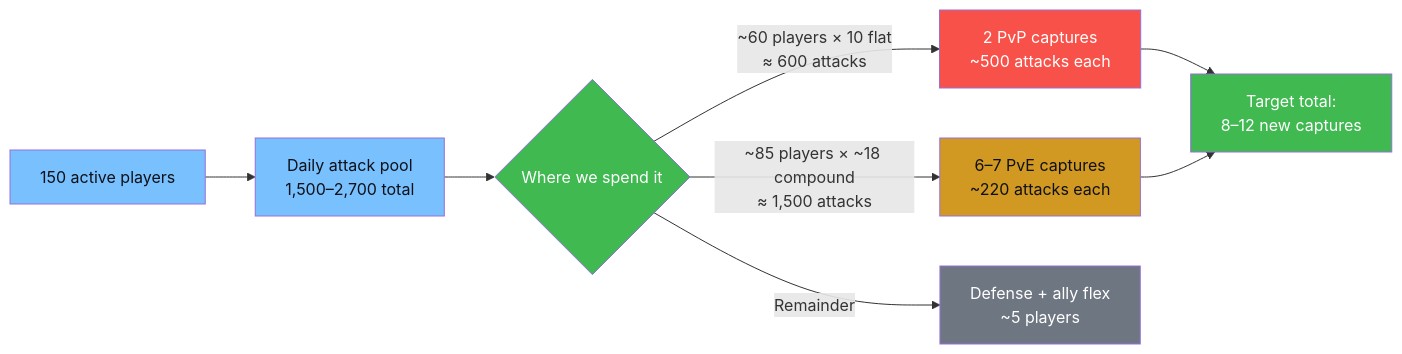
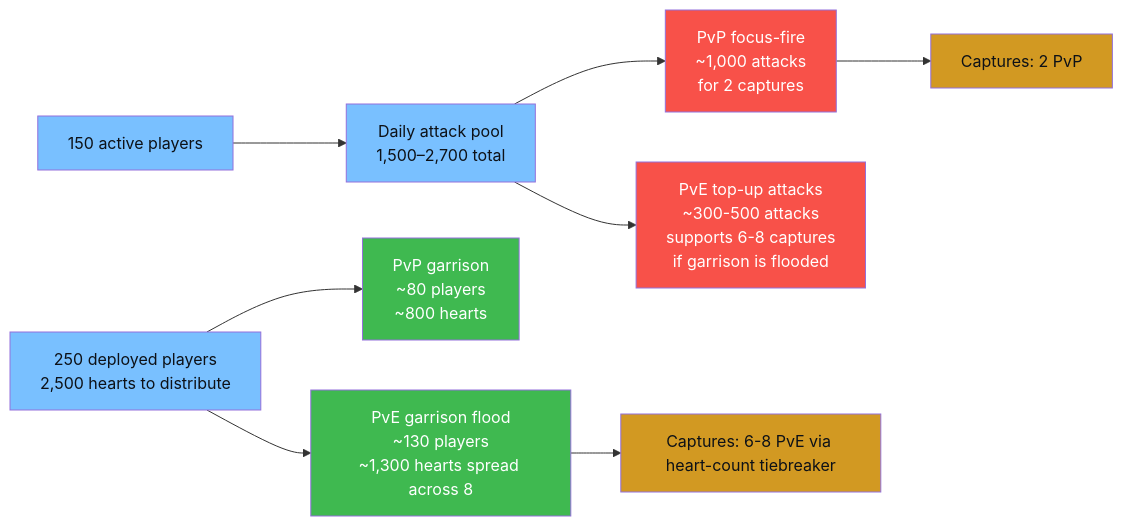
The second of 2 diagrams in data/elemental-enhancements.md (texnottexas/landing-page), drawn with Mermaid before and after one commit. The commit also changed other lines of this file, not shown here.

First line of the commit message:
Docs: correct garrison-vs-attack decoupling in Elemental Enhancements plan

````diff
--- a/data/elemental-enhancements.md
+++ b/data/elemental-enhancements.md
@@ -29,22 +62,21 @@
 ```mermaid
 flowchart LR
     AP[150 active players] --> BUD[Daily attack pool<br/>1,500–2,700 total]
-    BUD --> SPLIT{Where we spend it}
-    SPLIT -->|~60 players × 10 flat<br/>≈ 600 attacks| PVP[2 PvP captures<br/>~500 attacks each]
-    SPLIT -->|~85 players × ~18 compound<br/>≈ 1,500 attacks| PVE[6–7 PvE captures<br/>~220 attacks each]
-    SPLIT -->|Remainder| FLEX[Defense + ally flex<br/>~5 players]
-    PVP --> GOAL[Target total:<br/>8–12 new captures]
-    PVE --> GOAL
+    BUD --> PVPBOX[PvP focus-fire<br/>~1,000 attacks<br/>for 2 captures]
+    BUD --> PVEBOX[PvE top-up attacks<br/>~300-500 attacks<br/>supports 6-8 captures<br/>if garrison is flooded]
+    GAR[250 deployed players<br/>2,500 hearts to distribute] --> PVPGAR[PvP garrison<br/>~80 players<br/>~800 hearts]
+    GAR --> PVEGAR[PvE garrison flood<br/>~130 players<br/>~1,300 hearts spread across 8]
+
+    PVPBOX --> WINS[Captures: 2 PvP]
+    PVEGAR --> WINS2[Captures: 6-8 PvE via heart-count tiebreaker]
 
     classDef pool fill:#79c0ff,color:#0d1117
-    classDef pvp fill:#f85149,color:#fff
-    classDef pve fill:#d29922,color:#0d1117
-    classDef flex fill:#6e7681,color:#fff
-    classDef goal fill:#3fb950,color:#fff
+    classDef atk fill:#f85149,color:#fff
+    classDef gar fill:#3fb950,color:#fff
+    classDef win fill:#d29922,color:#0d1117
 
-    class AP,BUD pool
-    class PVP pvp
-    class PVE pve
-    class FLEX flex
-    class GOAL,SPLIT goal
+    class AP,BUD,GAR pool
+    class PVPBOX,PVEBOX atk
+    class PVPGAR,PVEGAR gar
+    class WINS,WINS2 win
 ```
````
